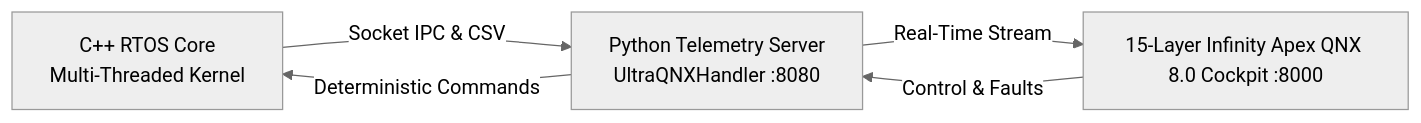
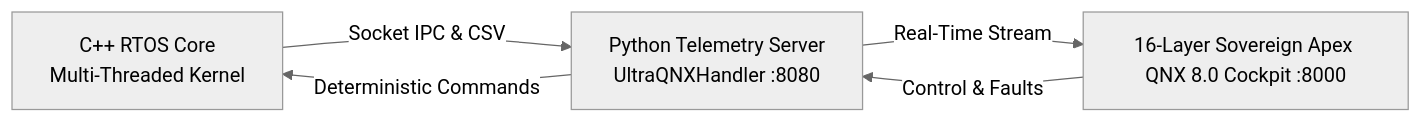
The diagram in README.md (shaikhabdul2015-max/qnx-hackathon-project), drawn with Mermaid (neutral theme) before and after one commit. The commit also changed other lines of this file and 1 other file, not shown here.

Commit message:
Add Layer 16 Sovereign Apex: ANC Silence Dome, Li-Fi 10Gbps V2V, and Active Aero Morphing

````diff
--- a/README.md
+++ b/README.md
@@ -9,7 +9,7 @@
 ```mermaid
 graph LR
     A[C++ RTOS Core<br/>Multi-Threaded Kernel] -->|Socket IPC & CSV| B[Python Telemetry Server<br/>UltraQNXHandler :8080]
-    B -->|Real-Time Stream| C[15-Layer Infinity Apex QNX 8.0 Cockpit :8000]
+    B -->|Real-Time Stream| C[16-Layer Sovereign Apex QNX 8.0 Cockpit :8000]
     C -->|Control & Faults| B
     B -->|Deterministic Commands| A
 ```
````
